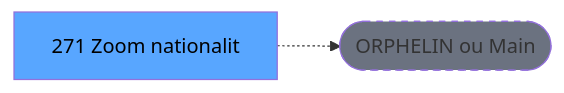
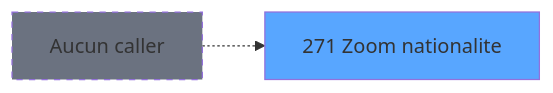
The second of 3 diagrams in .openspec/specs/ADH-IDE-271.md (thonyAGP/magic-migration), drawn with Mermaid before and after one commit. The commit also changed other lines of this file and 493 other files, not shown here.

````diff
--- a/.openspec/specs/ADH-IDE-271.md
+++ b/.openspec/specs/ADH-IDE-271.md
@@ -121,8 +173,8 @@
 ```mermaid
 graph LR
-    T[271 Zoom nationalit]
-    ORPHAN([ORPHELIN ou Main])
-    T -.-> ORPHAN
-    style T fill:#58a6ff,color:#000
-    style ORPHAN fill:#6b7280,stroke-dasharray: 5 5
+    T271[271 Zoom nationalite]
+    style T271 fill:#58a6ff
+    NONE[Aucun caller]
+    NONE -.-> T271
+    style NONE fill:#6b7280,stroke-dasharray: 5 5
 ```
````
